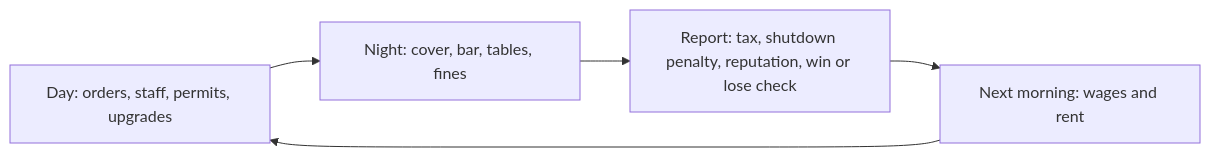
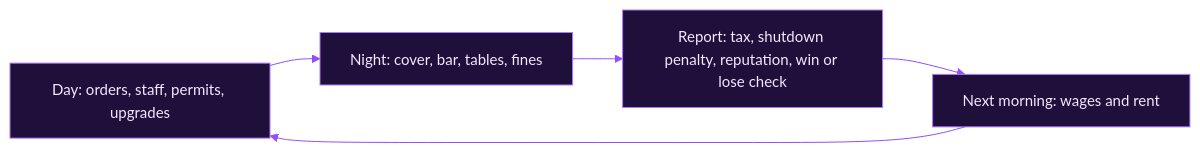
Before and after one commit to riorblade/nyxeron: the diagram in docs/site/engine/economy.mdx, drawn with Mermaid. The commit also changed 52 other files, not shown here.

````diff
--- a/docs/site/engine/economy.mdx
+++ b/docs/site/engine/economy.mdx
@@ -8,7 +8,8 @@
 ```mermaid
+%%{init: {'theme':'base','themeVariables':{'background':'#090319','primaryColor':'#1e0f3b','primaryBorderColor':'#b078ff','primaryTextColor':'#f3e8ff','secondaryColor':'#140a2b','tertiaryColor':'#120826','lineColor':'#914dff','textColor':'#f3e8ff','edgeLabelBackground':'#120826','clusterBkg':'#140a2b','clusterBorder':'#4b2a85','actorBkg':'#1e0f3b','actorBorder':'#b078ff','actorTextColor':'#f3e8ff','signalColor':'#c9a8ff','signalTextColor':'#f3e8ff','noteBkgColor':'#2a1650','noteTextColor':'#f3e8ff','noteBorderColor':'#914dff','fontSize':'15px'}}}%%
 flowchart LR
   D[Day: orders, staff, permits, upgrades] --> N[Night: cover, bar, tables, fines]
   N --> R[Report: tax, shutdown penalty, reputation, win or lose check]
   R --> M[Next morning: wages and rent]
   M --> D
 ```
````
